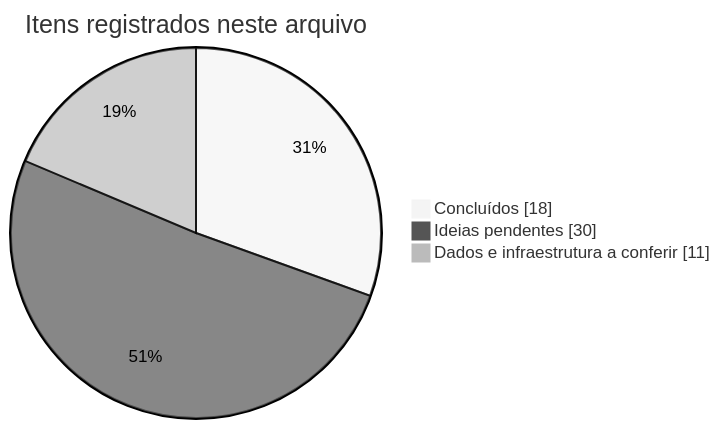
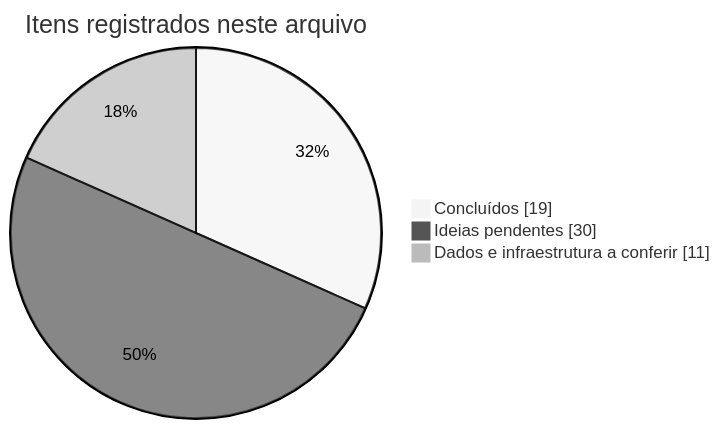
Before and after one commit to floriatanscosta/floriatanscosta.github.io: the diagram in PENDENCIAS.md, drawn with Mermaid (neutral theme). The commit also changed other lines of this file, not shown here.

````diff
--- a/PENDENCIAS.md
+++ b/PENDENCIAS.md
@@ -9,6 +9,6 @@
 ```mermaid
 pie showData title Itens registrados neste arquivo
-    "Concluídos" : 18
+    "Concluídos" : 19
     "Ideias pendentes" : 30
     "Dados e infraestrutura a conferir" : 11
 ```
````
